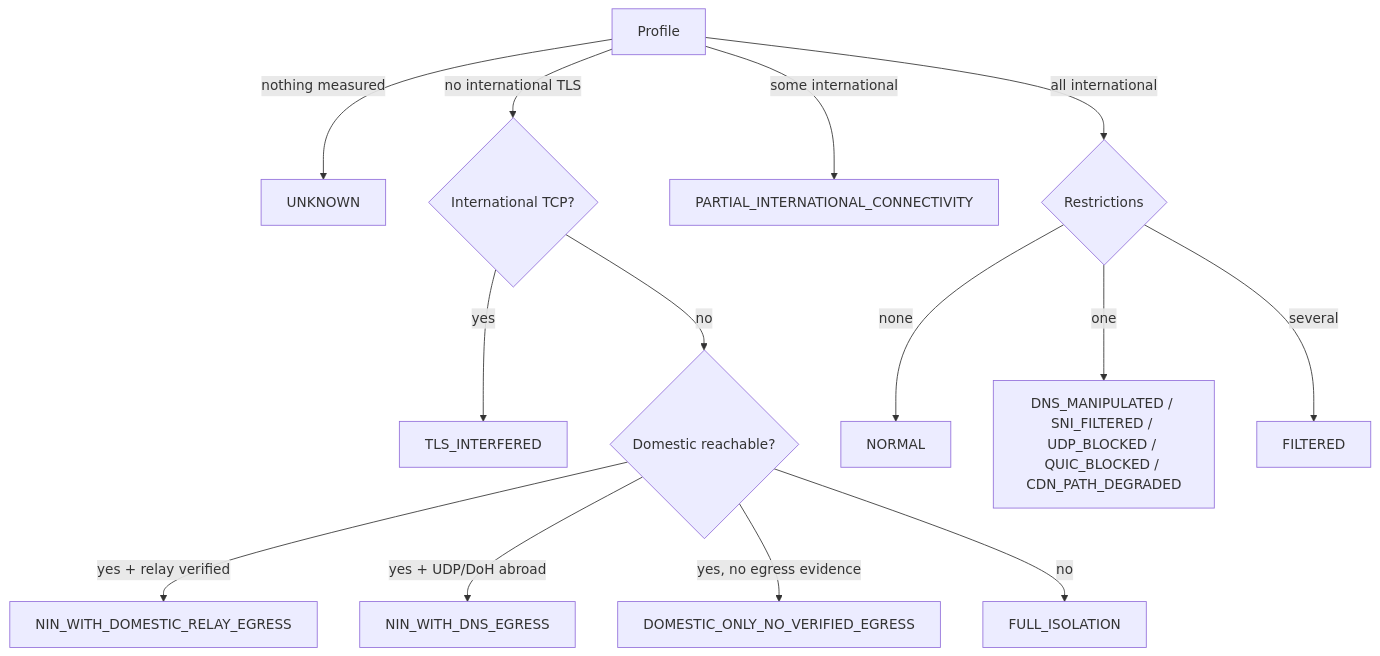
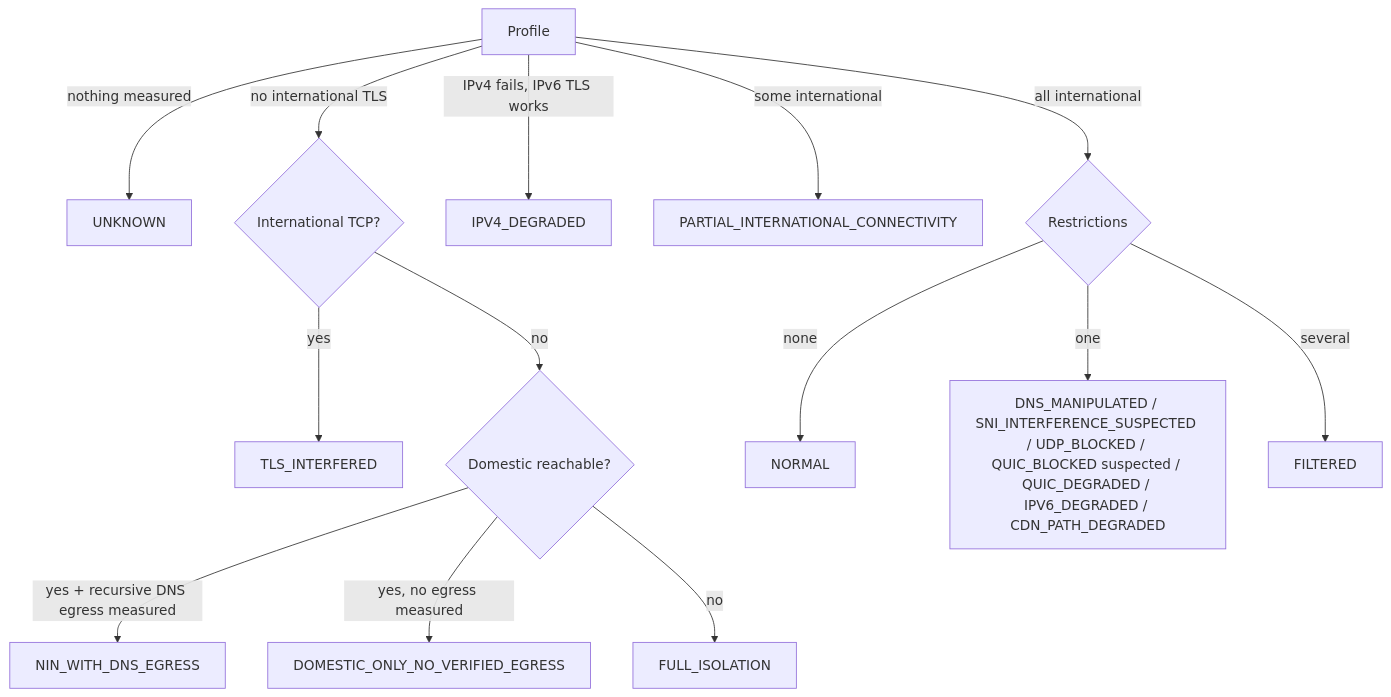
One commit to drfxai/MAXIMUS-VPN changed the first of 3 diagrams in docs/MAXIMUS_NETWORK_STATE.md. Above: the diagram before and after it, drawn with Mermaid. The commit also changed other lines of this file and 6 other files, not shown here.

First line of the commit message:
LAB: honest network state (NIN leads to DNS tunnel recovery, true DNS egress, QUIC/SNI quorum, IPv6)

````diff
--- a/docs/MAXIMUS_NETWORK_STATE.md
+++ b/docs/MAXIMUS_NETWORK_STATE.md
@@ -23,16 +26,16 @@
 ```mermaid
 flowchart TD
   P[Profile] -->|nothing measured| U[UNKNOWN]
   P -->|no international TLS| X{International TCP?}
   X -->|yes| TI[TLS_INTERFERED]
   X -->|no| D{Domestic reachable?}
-  D -->|yes + relay verified| R[NIN_WITH_DOMESTIC_RELAY_EGRESS]
-  D -->|yes + UDP/DoH abroad| N[NIN_WITH_DNS_EGRESS]
-  D -->|yes, no egress evidence| DO[DOMESTIC_ONLY_NO_VERIFIED_EGRESS]
+  P -->|IPv4 fails, IPv6 TLS works| V4[IPV4_DEGRADED]
+  D -->|yes + recursive DNS egress measured| N[NIN_WITH_DNS_EGRESS]
+  D -->|yes, no egress measured| DO[DOMESTIC_ONLY_NO_VERIFIED_EGRESS]
   D -->|no| FI[FULL_ISOLATION]
   P -->|some international| PA[PARTIAL_INTERNATIONAL_CONNECTIVITY]
   P -->|all international| Rz{Restrictions}
   Rz -->|none| NO[NORMAL]
-  Rz -->|one| ONE[DNS_MANIPULATED / SNI_FILTERED / UDP_BLOCKED / QUIC_BLOCKED / CDN_PATH_DEGRADED]
+  Rz -->|one| ONE[DNS_MANIPULATED / SNI_INTERFERENCE_SUSPECTED / UDP_BLOCKED / QUIC_BLOCKED suspected / QUIC_DEGRADED / IPV6_DEGRADED / CDN_PATH_DEGRADED]
   Rz -->|several| F[FILTERED]
 ```
````
